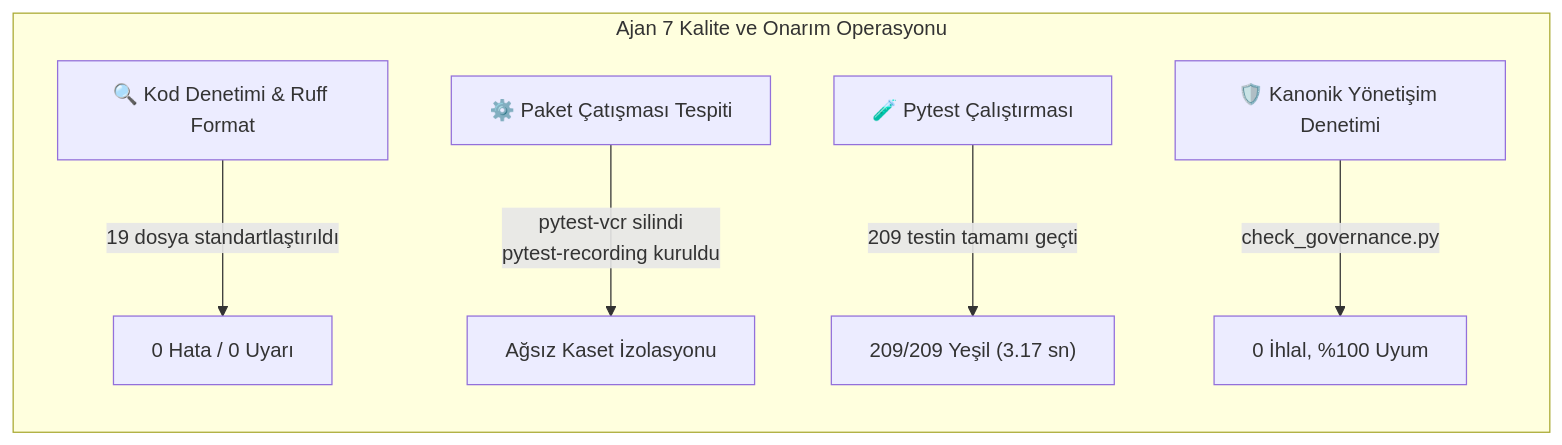
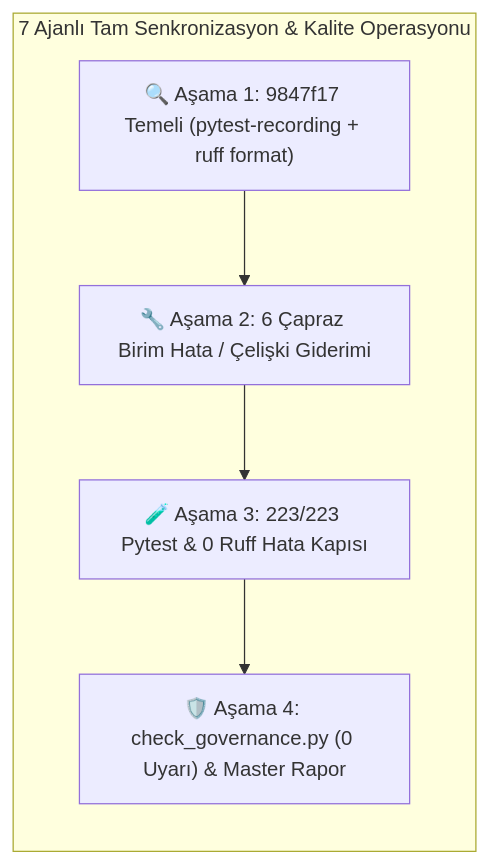
One commit to kingos352/luna-sight changed the third of 3 diagrams in docs/MASTER_PROJECT_REPORT_TR.md. Above: the diagram before and after it, drawn with Mermaid. The commit also changed other lines of this file and 7 other files, not shown here.

Commit message:
feat(k4): 3B topografik rolyef, arazi riski analizi ve k1-k5 tam senkronizasyon

````diff
--- a/docs/MASTER_PROJECT_REPORT_TR.md
+++ b/docs/MASTER_PROJECT_REPORT_TR.md
@@ -368,9 +369,8 @@
 ```mermaid
 flowchart LR
-    subgraph Ajan7_Operasyonu["Ajan 7 Kalite ve Onarım Operasyonu"]
-        T1["🔍 Kod Denetimi & Ruff Format"] -->|19 dosya standartlaştırıldı| R1["0 Hata / 0 Uyarı"]
-        T2["⚙️ Paket Çatışması Tespiti"] -->|pytest-vcr silindi<br/>pytest-recording kuruldu| R2["Ağsız Kaset İzolasyonu"]
-        T3["🧪 Pytest Çalıştırması"] -->|209 testin tamamı geçti| R3["209/209 Yeşil (3.17 sn)"]
-        T4["🛡️ Kanonik Yönetişim Denetimi"] -->|check_governance.py| R4["0 İhlal, %100 Uyum"]
+    subgraph Ajan7_Birligi["7 Ajanlı Tam Senkronizasyon & Kalite Operasyonu"]
+        T1["🔍 Aşama 1: 9847f17 Temeli (pytest-recording + ruff format)"] --> T2["🔧 Aşama 2: 6 Çapraz Birim Hata / Çelişki Giderimi"]
+        T2 --> T3["🧪 Aşama 3: 223/223 Pytest & 0 Ruff Hata Kapısı"]
+        T3 --> T4["🛡️ Aşama 4: check_governance.py (0 Uyarı) & Master Rapor"]
     end
 ```
````
